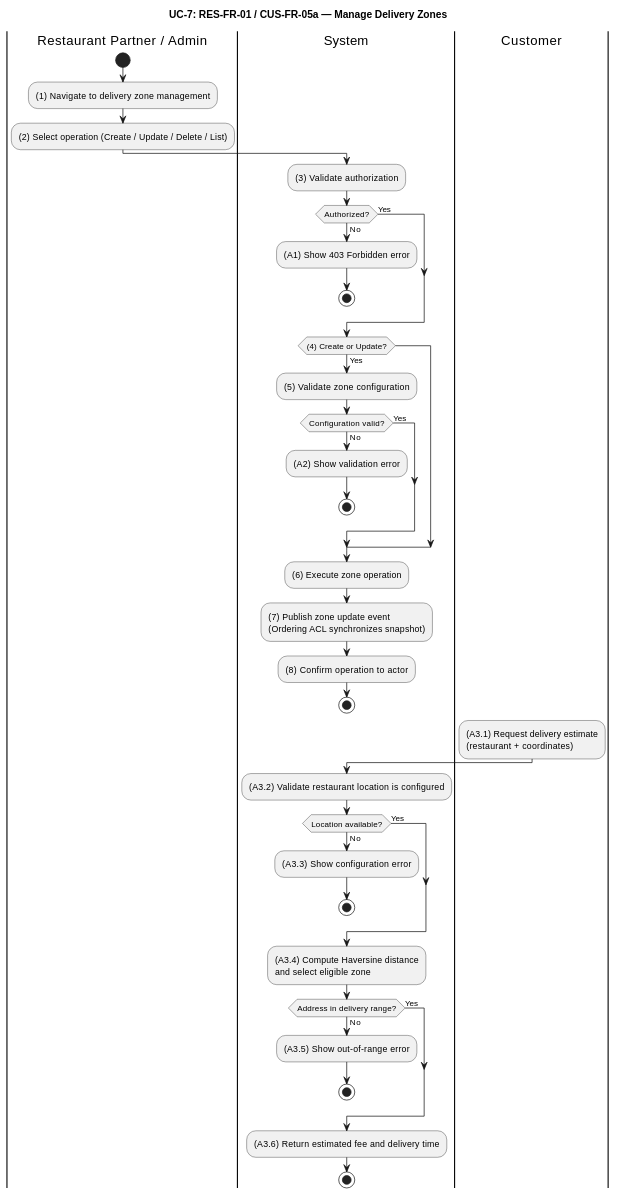
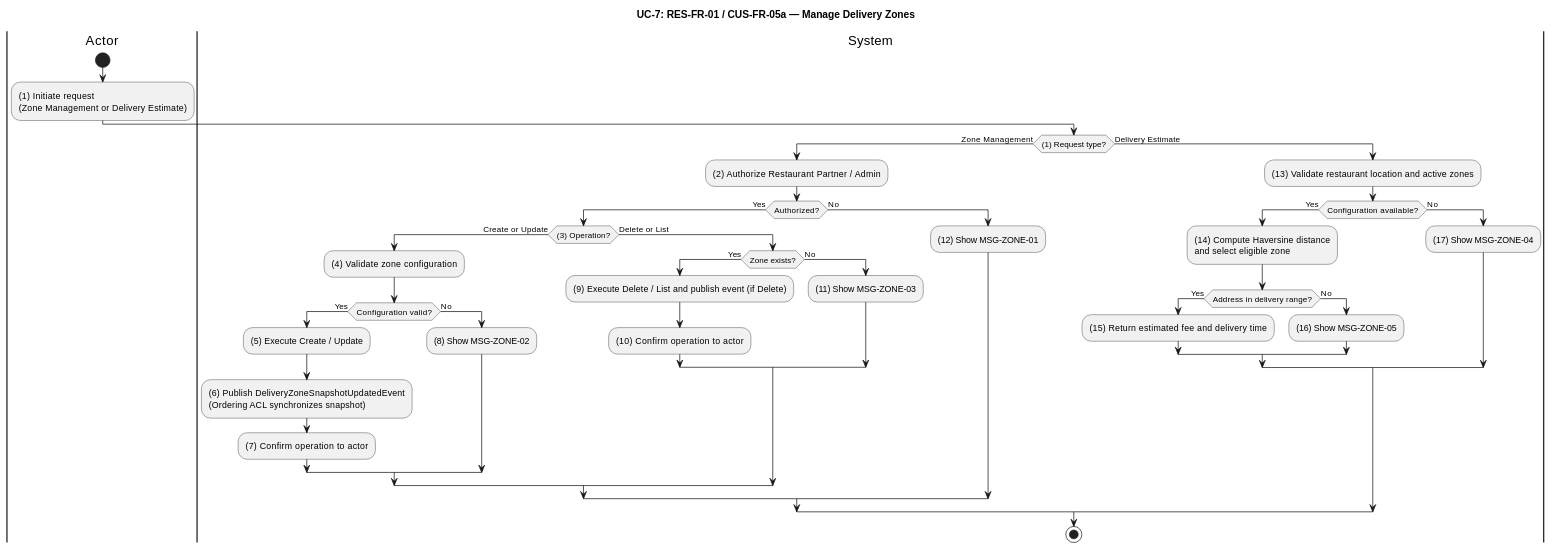
Before and after one commit to luubinhdeptrai/Food_Delivery: the seventh of 10 diagrams in apps/api/docs/Final_Documents/SRS_FoodDelivery.md, drawn with PlantUML. The commit also changed other lines of this file and 1 other file, not shown here.

````diff
--- a/apps/api/docs/Final_Documents/SRS_FoodDelivery.md
+++ b/apps/api/docs/Final_Documents/SRS_FoodDelivery.md
@@ -501,52 +523,49 @@
 ```plantuml
 @startuml UC7-Delivery-Zones
 title UC-7: RES-FR-01 / CUS-FR-05a — Manage Delivery Zones
 skinparam ConditionEndStyle hline
 
-|Restaurant Partner / Admin|
+|Actor|
 start
-:(1) Navigate to delivery zone management;
-:(2) Select operation (Create / Update / Delete / List);
+:(1) Initiate request\n(Zone Management or Delivery Estimate);
 
 |System|
-:(3) Validate authorization;
-if (Authorized?) then (No)
-  :(A1) Show 403 Forbidden error;
-  stop
-else (Yes)
-endif
-
-if ((4) Create or Update?) then (Yes)
-  :(5) Validate zone configuration;
-  if (Configuration valid?) then (No)
-    :(A2) Show validation error;
-    stop
-  else (Yes)
+if ((1) Request type?) then (Zone Management)
+  :(2) Authorize Restaurant Partner / Admin;
+  if (Authorized?) then (Yes)
+    if ((3) Operation?) then (Create or Update)
+      :(4) Validate zone configuration;
+      if (Configuration valid?) then (Yes)
+        :(5) Execute Create / Update;
+        :(6) Publish DeliveryZoneSnapshotUpdatedEvent\n(Ordering ACL synchronizes snapshot);
+        :(7) Confirm operation to actor;
+      else (No)
+        :(8) Show MSG-ZONE-02;
+      endif
+    else (Delete or List)
+      if (Zone exists?) then (Yes)
+        :(9) Execute Delete / List and publish event (if Delete);
+        :(10) Confirm operation to actor;
+      else (No)
+        :(11) Show MSG-ZONE-03;
+      endif
+    endif
+  else (No)
+    :(12) Show MSG-ZONE-01;
+  endif
+else (Delivery Estimate)
+  :(13) Validate restaurant location and active zones;
+  if (Configuration available?) then (Yes)
+    :(14) Compute Haversine distance\nand select eligible zone;
+    if (Address in delivery range?) then (Yes)
+      :(15) Return estimated fee and delivery time;
+    else (No)
+      :(16) Show MSG-ZONE-05;
+    endif
+  else (No)
+    :(17) Show MSG-ZONE-04;
   endif
 endif
-
-:(6) Execute zone operation;
-:(7) Publish zone update event\n(Ordering ACL synchronizes snapshot);
-:(8) Confirm operation to actor;
-stop
-
-|Customer|
-:(A3.1) Request delivery estimate\n(restaurant + coordinates);
-
-|System|
-:(A3.2) Validate restaurant location is configured;
-if (Location available?) then (No)
-  :(A3.3) Show configuration error;
-  stop
-else (Yes)
-endif
-:(A3.4) Compute Haversine distance\nand select eligible zone;
-if (Address in delivery range?) then (No)
-  :(A3.5) Show out-of-range error;
-  stop
-else (Yes)
-endif
-:(A3.6) Return estimated fee and delivery time;
 stop
 @enduml
 ```
````
